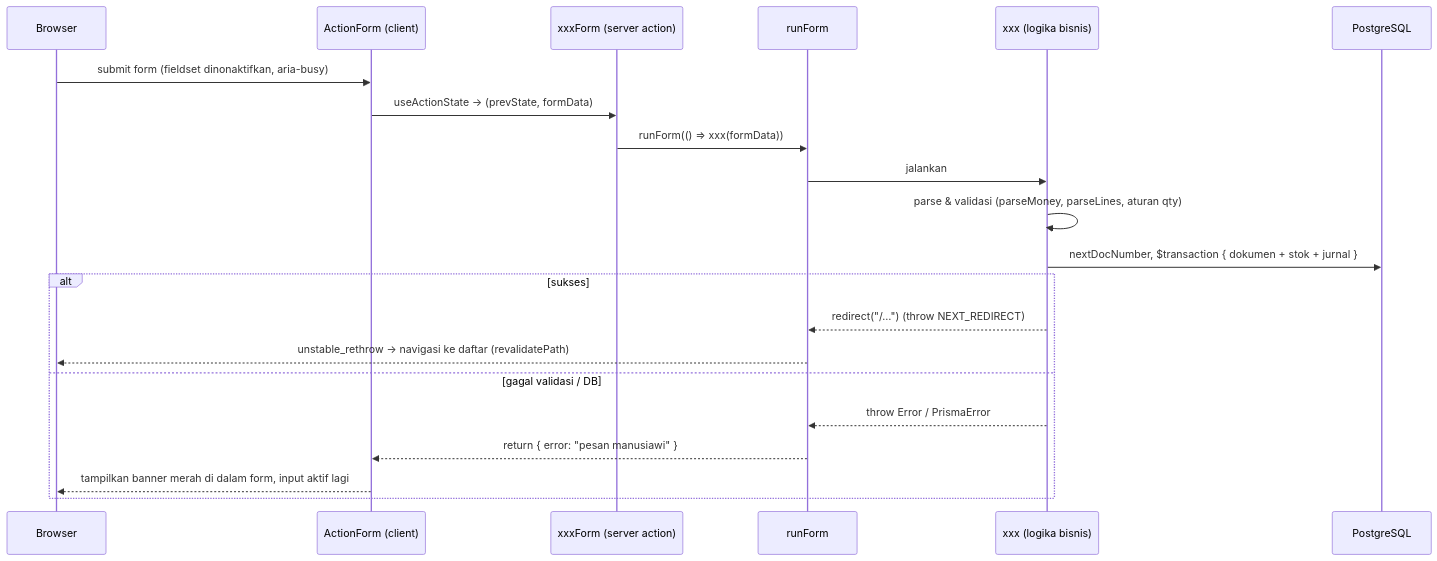
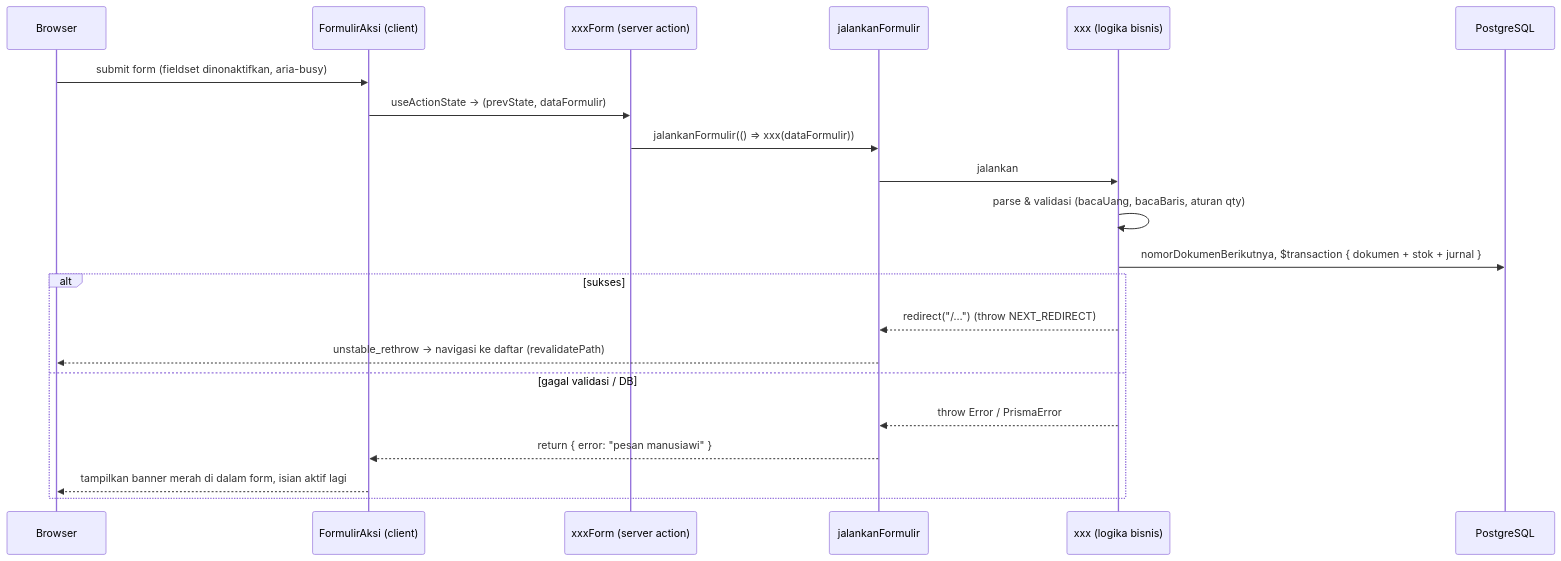
Before and after one commit to dreinst/accuratecopy: the sixth of 6 diagrams in ARCHITECTURE.md, drawn with Mermaid. The commit also changed other lines of this file and 194 other files, not shown here.

````diff
--- a/ARCHITECTURE.md
+++ b/ARCHITECTURE.md
@@ -271,24 +271,24 @@
 ```mermaid
 sequenceDiagram
     participant U as Browser
-    participant AF as ActionForm (client)
+    participant AF as FormulirAksi (client)
     participant SA as xxxForm (server action)
-    participant RF as runForm
+    participant RF as jalankanFormulir
     participant X as xxx (logika bisnis)
     participant DB as PostgreSQL
 
     U->>AF: submit form (fieldset dinonaktifkan, aria-busy)
-    AF->>SA: useActionState → (prevState, formData)
-    SA->>RF: runForm(() => xxx(formData))
+    AF->>SA: useActionState → (prevState, dataFormulir)
+    SA->>RF: jalankanFormulir(() => xxx(dataFormulir))
     RF->>X: jalankan
-    X->>X: parse & validasi (parseMoney, parseLines, aturan qty)
-    X->>DB: nextDocNumber, $transaction { dokumen + stok + jurnal }
+    X->>X: parse & validasi (bacaUang, bacaBaris, aturan qty)
+    X->>DB: nomorDokumenBerikutnya, $transaction { dokumen + stok + jurnal }
     alt sukses
         X-->>RF: redirect("/…") (throw NEXT_REDIRECT)
         RF-->>U: unstable_rethrow → navigasi ke daftar (revalidatePath)
     else gagal validasi / DB
         X-->>RF: throw Error / PrismaError
         RF-->>AF: return { error: "pesan manusiawi" }
-        AF-->>U: tampilkan banner merah di dalam form, input aktif lagi
+        AF-->>U: tampilkan banner merah di dalam form, isian aktif lagi
     end
 ```
````
